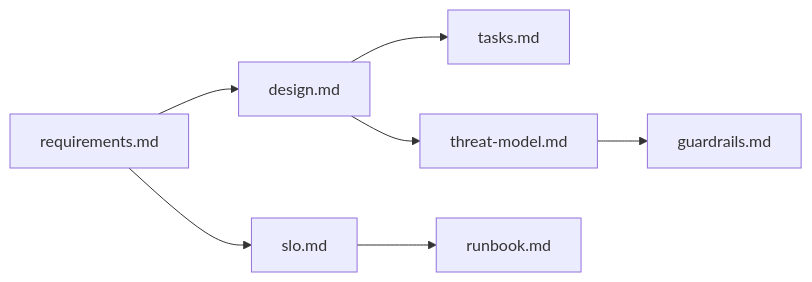
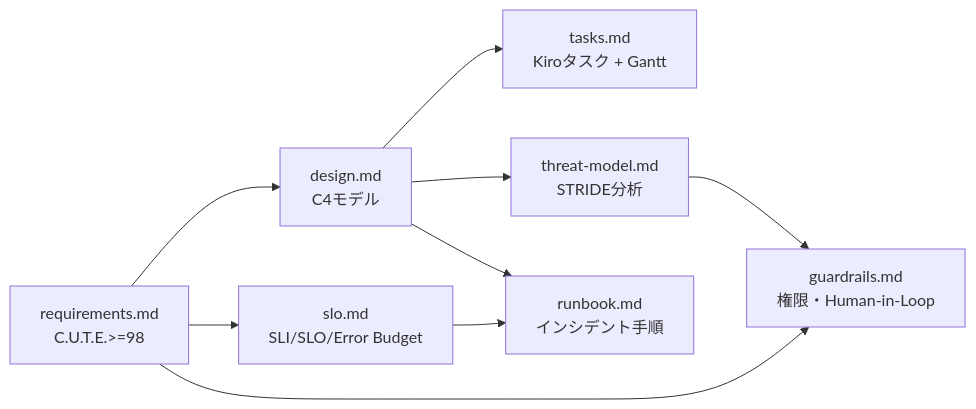
Before and after one commit to ibuki7130/taisun_agent: the diagram in .claude/skills/sdd-full/SKILL.md, drawn with Mermaid. The commit also changed other lines of this file and 15 other files, not shown here.

````diff
--- a/.claude/skills/sdd-full/SKILL.md
+++ b/.claude/skills/sdd-full/SKILL.md
@@ -52,9 +68,11 @@
 ```mermaid
 graph LR
-    A[requirements.md] --> B[design.md]
-    A --> C[slo.md]
-    B --> D[tasks.md]
-    B --> E[threat-model.md]
-    C --> F[runbook.md]
-    E --> G[guardrails.md]
+    REQ[requirements.md\n C.U.T.E.>=98] --> DES[design.md\n C4モデル]
+    REQ --> SLO[slo.md\n SLI/SLO/Error Budget]
+    DES --> TASKS[tasks.md\n Kiroタスク + Gantt]
+    DES --> THREAT[threat-model.md\n STRIDE分析]
+    SLO --> RUN[runbook.md\n インシデント手順]
+    DES --> RUN
+    THREAT --> GUARD[guardrails.md\n 権限・Human-in-Loop]
+    REQ --> GUARD
 ```
````
